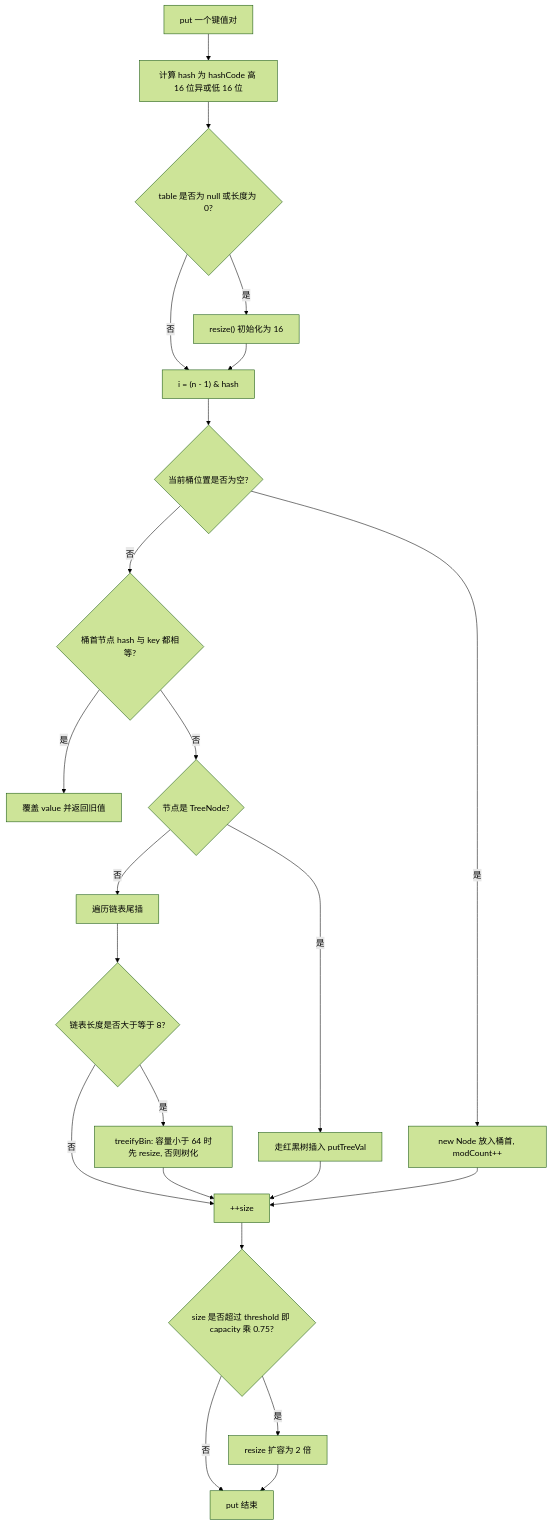
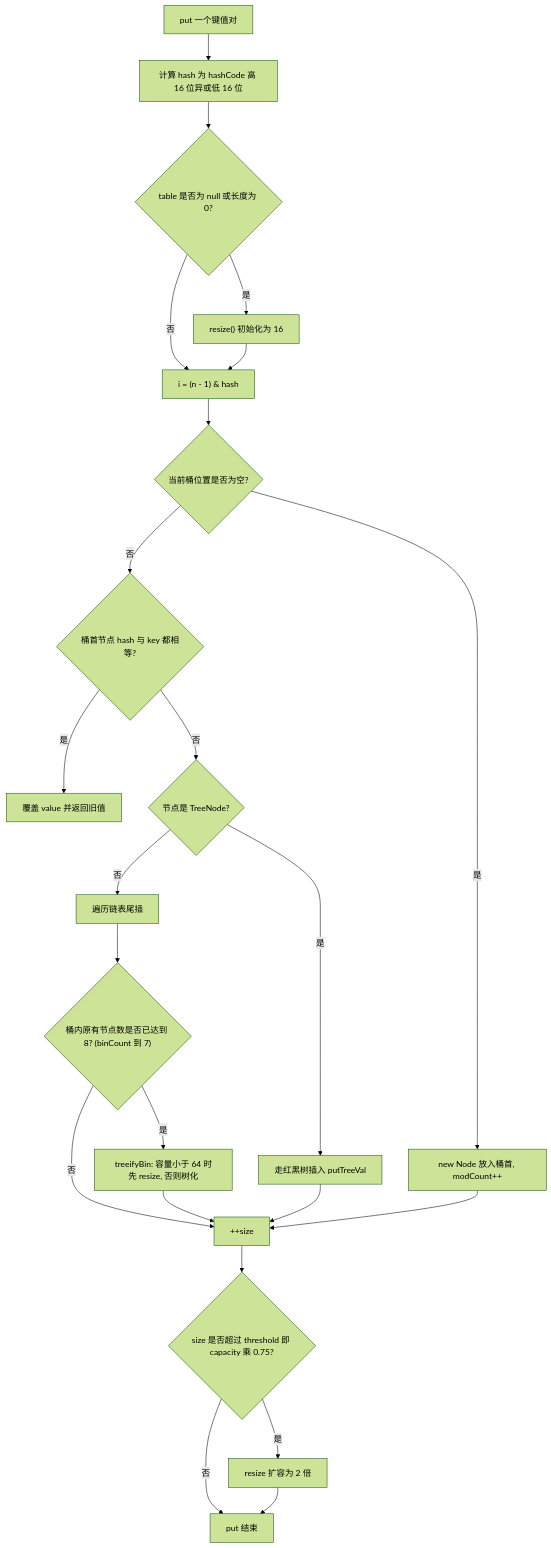
The fourth of 12 diagrams in 07-cs-fundamentals/03-数据结构与算法.md (jacketan/java-interview), drawn with Mermaid (forest theme) before and after one commit. The commit also changed other lines of this file and 38 other files, not shown here.

````diff
--- a/07-cs-fundamentals/03-数据结构与算法.md
+++ b/07-cs-fundamentals/03-数据结构与算法.md
@@ -358,25 +354,25 @@
 ```mermaid
 flowchart TD
   P["put 一个键值对"] --> H["计算 hash 为 hashCode 高 16 位异或低 16 位"]
   H --> T{"table 是否为 null 或长度为 0?"}
   T -->|"是"| R1["resize() 初始化为 16"]
   T -->|"否"| I["i = (n - 1) & hash"]
   R1 --> I
   I --> E1{"当前桶位置是否为空?"}
   E1 -->|"是"| N1["new Node 放入桶首, modCount++"]
   E1 -->|"否"| E2{"桶首节点 hash 与 key 都相等?"}
   E2 -->|"是"| OV["覆盖 value 并返回旧值"]
   E2 -->|"否"| E3{"节点是 TreeNode?"}
   E3 -->|"是"| RB["走红黑树插入 putTreeVal"]
   E3 -->|"否"| E4["遍历链表尾插"]
-  E4 --> E5{"链表长度是否大于等于 8?"}
+  E4 --> E5{"桶内原有节点数是否已达到 8? (binCount 到 7)"}
   E5 -->|"是"| TR["treeifyBin: 容量小于 64 时先 resize, 否则树化"]
   E5 -->|"否"| SZ["++size"]
   TR --> SZ
   RB --> SZ
   N1 --> SZ
   SZ --> RS{"size 是否超过 threshold 即 capacity 乘 0.75?"}
   RS -->|"是"| R2["resize 扩容为 2 倍"]
   RS -->|"否"| END["put 结束"]
   R2 --> END
 ```
````
